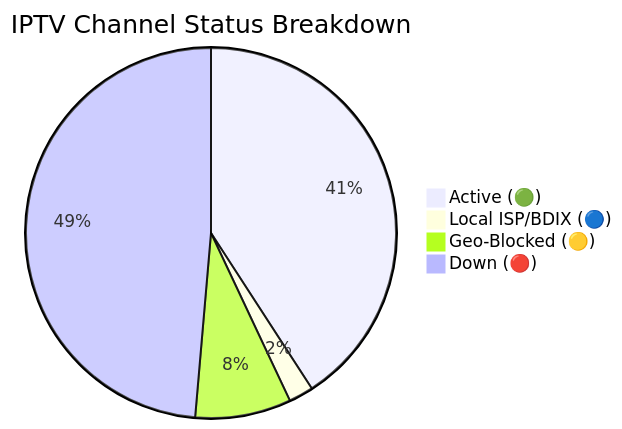
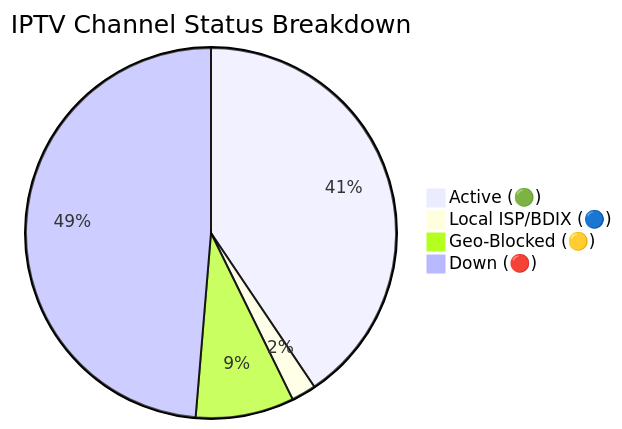
Before and after one commit to andreataylord/Ip-tv-Collection: the diagram in README.md, drawn with Mermaid. The commit also changed other lines of this file and 1 other file, not shown here.

Commit message:
docs(readme): auto-update daily channel status chart

````diff
--- a/README.md
+++ b/README.md
@@ -59,7 +59,7 @@
 ```mermaid
 pie title IPTV Channel Status Breakdown
-    "Active (🟢)" : 2958
+    "Active (🟢)" : 2939
     "Local ISP/BDIX (🔵)" : 156
-    "Geo-Blocked (🟡)" : 606
-    "Down (🔴)" : 3522
+    "Geo-Blocked (🟡)" : 622
+    "Down (🔴)" : 3525
 ```
````
